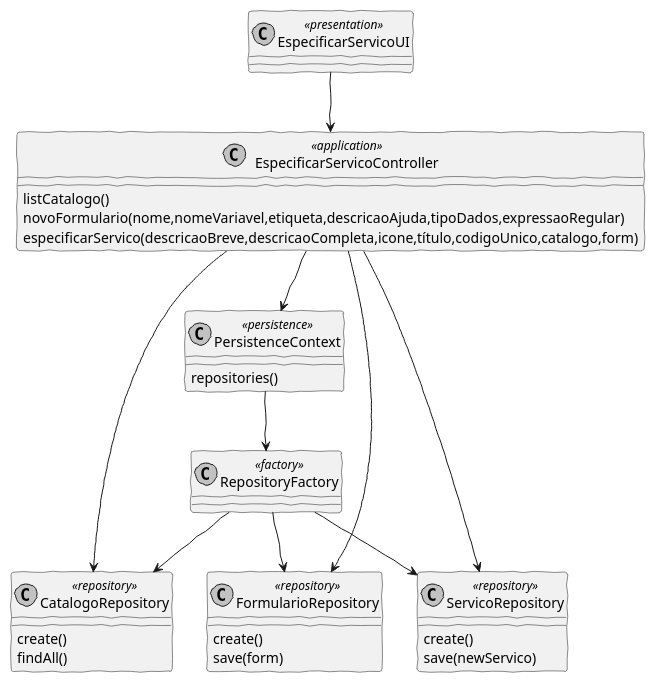
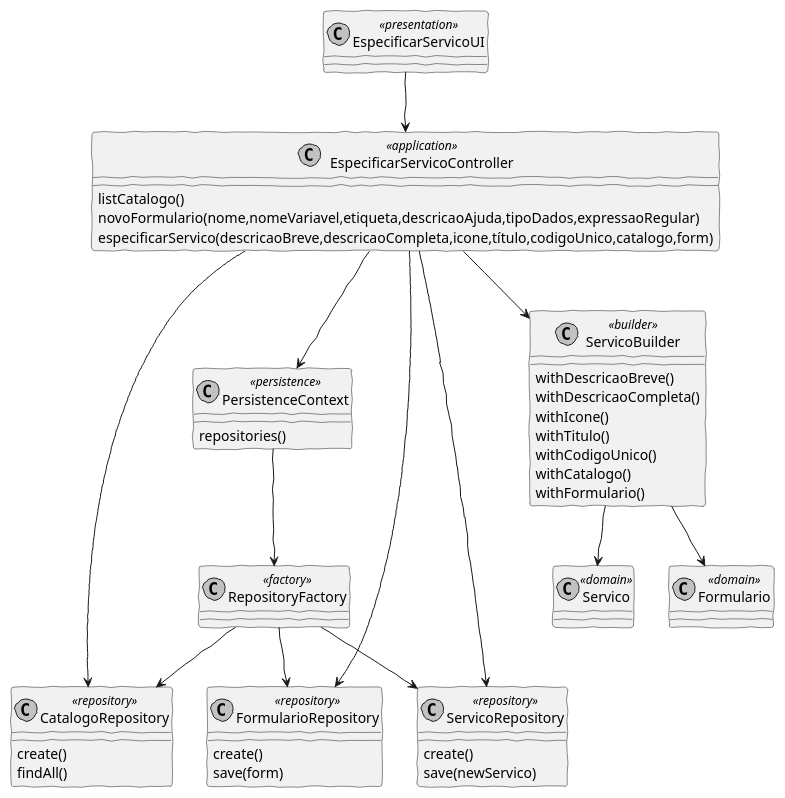
Before and after one commit to pedrolemos4/LAPR4: the diagram in docs/US2002/EspecificarServicoCD.puml, drawn with PlantUML. The commit also changed 3 other files, not shown here.

```diff
--- a/docs/US2002/EspecificarServicoCD.puml
+++ b/docs/US2002/EspecificarServicoCD.puml
@@ -1,46 +1,62 @@
 @startuml
 'http://plantuml.com/skinparam.html
 skinparam handwritten true
 skinparam monochrome true
 skinparam packageStyle rect
 skinparam defaultFontName FG Virgil
 skinparam shadowing false
 
 class EspecificarServicoUI <<presentation>>
 class EspecificarServicoController <<application>>
 class PersistenceContext <<persistence>>
 class RepositoryFactory <<factory>>
 class CatalogoRepository <<repository>>
 class FormularioRepository <<repository>>
 class ServicoRepository <<repository>>
+class Servico <<domain>>
+class Formulario <<domain>>
+class ServicoBuilder <<builder>>
+
 
 
 EspecificarServicoUI --> EspecificarServicoController
 EspecificarServicoController : listCatalogo()
 EspecificarServicoController : novoFormulario(nome,nomeVariavel,etiqueta,descricaoAjuda,tipoDados,expressaoRegular)
 
 EspecificarServicoController : especificarServico(descricaoBreve,descricaoCompleta,icone,título,codigoUnico,catalogo,form)
 
 EspecificarServicoController --> CatalogoRepository
 EspecificarServicoController --> ServicoRepository
 EspecificarServicoController --> PersistenceContext
 EspecificarServicoController --> FormularioRepository
+EspecificarServicoController --> ServicoBuilder
+
+ServicoBuilder --> Formulario
+ServicoBuilder --> Servico
 
 PersistenceContext --> RepositoryFactory
 
 RepositoryFactory --> FormularioRepository
 RepositoryFactory --> CatalogoRepository
 RepositoryFactory --> ServicoRepository
 
 PersistenceContext : repositories()
 
 FormularioRepository : create()
 FormularioRepository : save(form)
 
 ServicoRepository : create()
 ServicoRepository : save(newServico)
 
 CatalogoRepository : create()
 CatalogoRepository : findAll()
 
+ServicoBuilder : withDescricaoBreve()
+ServicoBuilder : withDescricaoCompleta()
+ServicoBuilder : withIcone()
+ServicoBuilder : withTitulo()
+ServicoBuilder : withCodigoUnico()
+ServicoBuilder : withCatalogo()
+ServicoBuilder : withFormulario()
+
 @enduml
```
